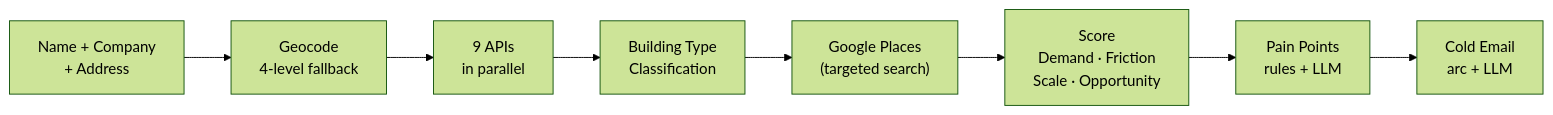
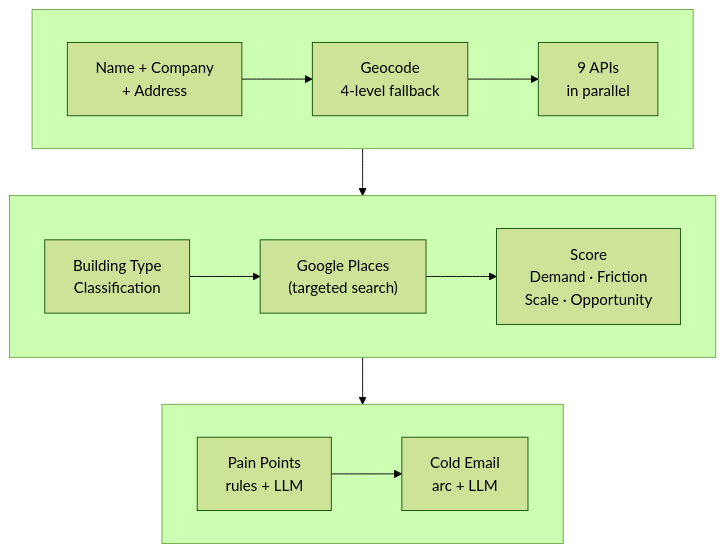
The first of 2 diagrams in README.md (SanchitMinocha/GTM_Automation_Tool), drawn with Mermaid (forest theme) before and after one commit.

Commit message:
docs: refactor Mermaid flowchart in README to use a multi-row vertical layout

````diff
--- a/README.md
+++ b/README.md
@@ -19,8 +19,19 @@
 ```mermaid
-flowchart LR
-    A["Name + Company\n+ Address"] --> B["Geocode\n4-level fallback"] --> C["9 APIs\nin parallel"]
-    C --> D["Building Type\nClassification"]
-    D --> E["Google Places\n(targeted search)"] --> F["Score\nDemand · Friction\nScale · Opportunity"]
-    F --> G["Pain Points\nrules + LLM"]
-    G --> H["Cold Email\narc + LLM"]
+flowchart TD
+    subgraph row1[" "]
+        direction LR
+        A["Name + Company<br/>+ Address"] --> B["Geocode<br/>4-level fallback"] --> C["9 APIs<br/>in parallel"]
+    end
+    
+    subgraph row2[" "]
+        direction LR
+        D["Building Type<br/>Classification"] --> E["Google Places<br/>(targeted search)"] --> F["Score<br/>Demand · Friction<br/>Scale · Opportunity"]
+    end
+    
+    subgraph row3[" "]
+        direction LR
+        G["Pain Points<br/>rules + LLM"] --> H["Cold Email<br/>arc + LLM"]
+    end
+    
+    row1 --> row2 --> row3
 ```
````
